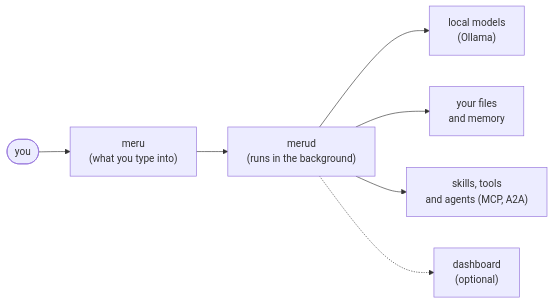
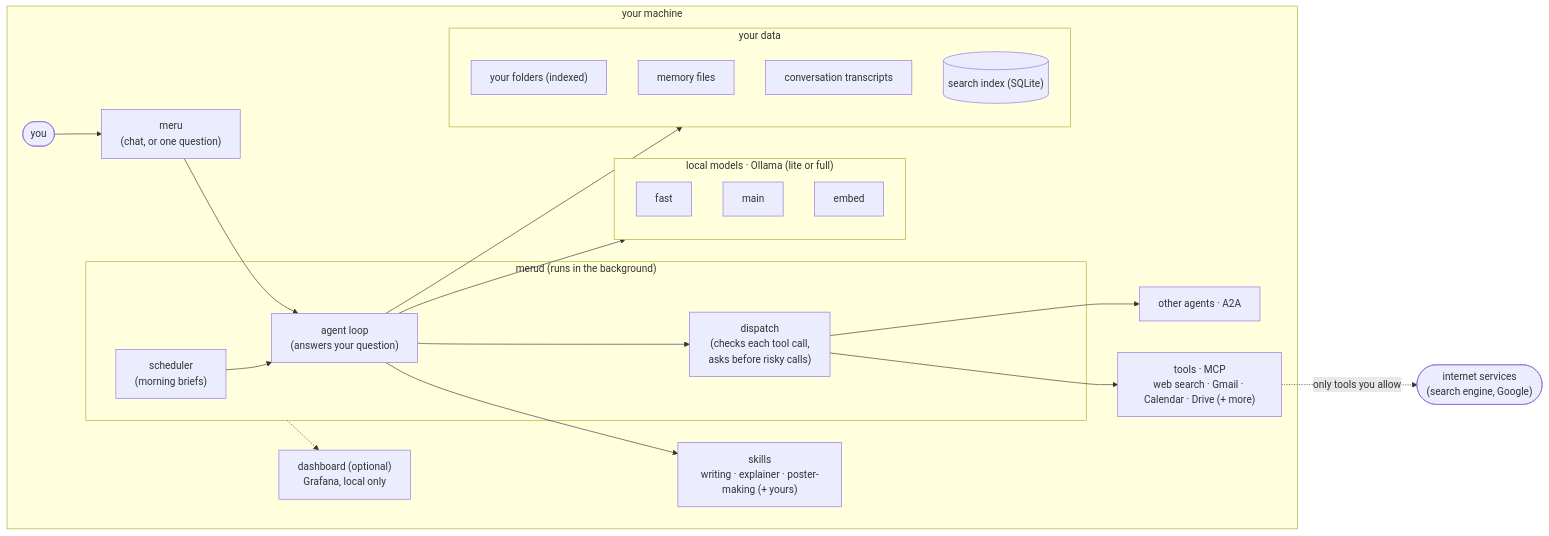
One commit to aarora79/meru changed the first of 2 diagrams in docs/architecture/100.md. Above: the diagram before and after it, drawn with Mermaid. The commit also changed other lines of this file and 1 other file, not shown here.

Commit message:
Docs: show more of the system in the level-100 parts diagram
The diagram now shows what merud holds (scheduler, agent loop,
dispatch), names each group (local models, your data, skills, MCP
tools, A2A agents, the optional dashboard) and draws a "your machine"
boundary. Only the tools you allow cross it to reach internet
services. 100.md's mermaid diagram matches.

````diff
--- a/docs/architecture/100.md
+++ b/docs/architecture/100.md
@@ -17,9 +17,34 @@
 ```mermaid
 flowchart LR
-    YOU(["you"]) --> MERU["meru<br/>(what you type into)"]
-    MERU --> MERUD["merud<br/>(runs in the background)"]
-    MERUD --> MODELS["local models<br/>(Ollama)"]
-    MERUD --> DATA["your files<br/>and memory"]
-    MERUD --> TOOLS["skills, tools<br/>and agents (MCP, A2A)"]
-    MERUD -.-> OBS["dashboard<br/>(optional)"]
+    subgraph machine["your machine"]
+        YOU(["you"]) --> MERU["meru<br/>(chat, or one question)"]
+        subgraph merud["merud (runs in the background)"]
+            SCHED["scheduler<br/>(morning briefs)"] --> LOOP["agent loop<br/>(answers your question)"]
+            LOOP --> DISP["dispatch<br/>(checks each tool call,<br/>asks before risky calls)"]
+        end
+        MERU --> LOOP
+        subgraph models["local models · Ollama (lite or full)"]
+            FAST["fast"]
+            MAIN["main"]
+            EMBED["embed"]
+        end
+        subgraph data["your data"]
+            FOLDERS["your folders (indexed)"]
+            MEM["memory files"]
+            TRANS["conversation transcripts"]
+            INDEX[("search index (SQLite)")]
+        end
+        SKILLS["skills<br/>writing · explainer · poster-making (+ yours)"]
+        AGENTS["other agents · A2A"]
+        TOOLS["tools · MCP<br/>web search · Gmail · Calendar · Drive (+ more)"]
+        OBS["dashboard (optional)<br/>Grafana, local only"]
+        LOOP --> models
+        LOOP --> data
+        LOOP --> SKILLS
+        DISP --> AGENTS
+        DISP --> TOOLS
+        merud -.-> OBS
+    end
+    NET(["internet services<br/>(search engine, Google)"])
+    TOOLS -.->|only tools you allow| NET
 ```
````
